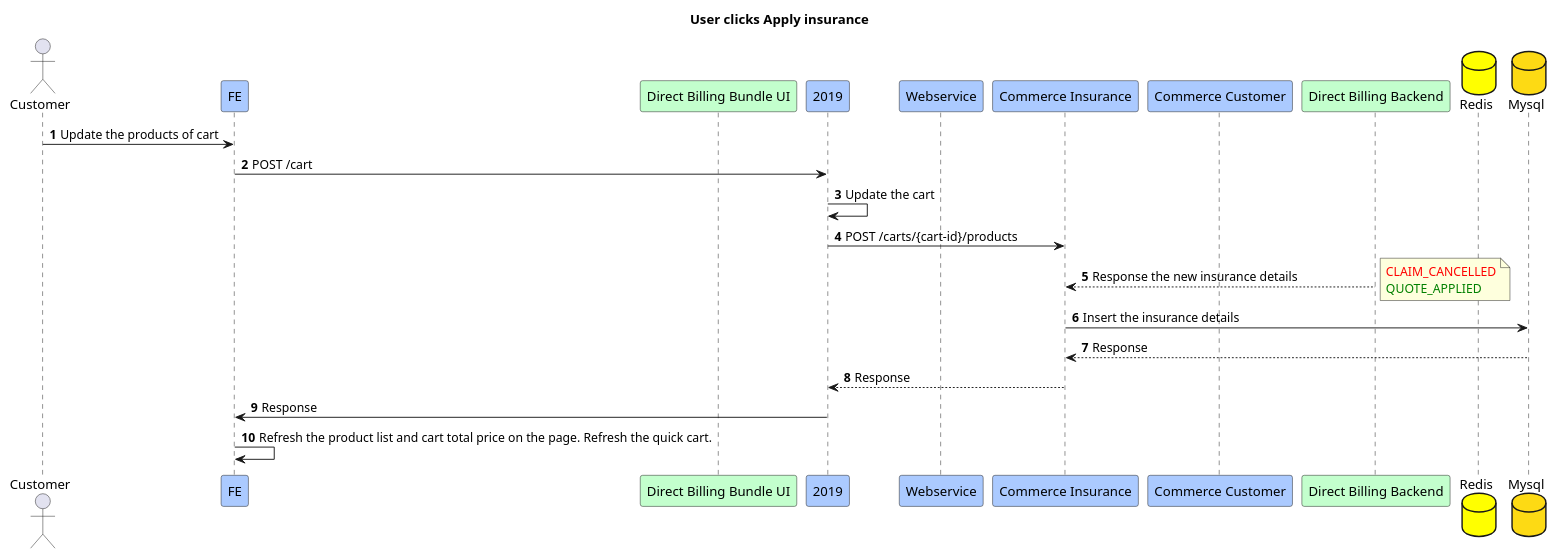
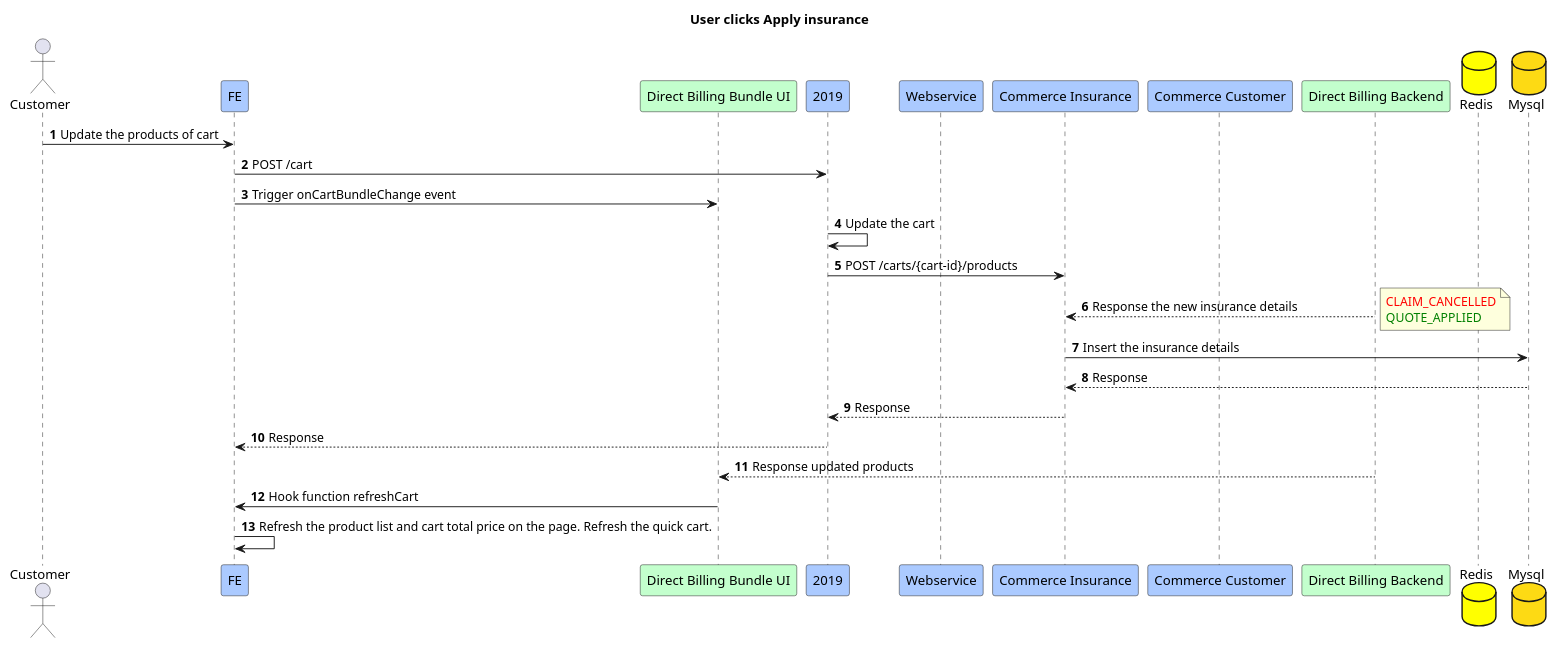
The diagram in 14.Customer changes the cart again.puml (Jayounger/EyeMed-Sequence-Diagram), drawn with PlantUML before and after one commit. The commit also changed 14 other files, not shown here.

Commit message:
update diagram

```diff
--- a/14.Customer changes the cart again.puml
+++ b/14.Customer changes the cart again.puml
@@ -1,30 +1,33 @@
 @startuml
 title User clicks Apply insurance
 actor Customer
 participant FE #abcaff
 participant "Direct Billing Bundle UI" #c3ffcd
 participant "2019" #abcaff
 participant "Webservice" #abcaff
 participant "Commerce Insurance" #abcaff
 participant "Commerce Customer" #abcaff
 participant "Direct Billing Backend" #c3ffcd
 database "Redis" #yellow
 database "Mysql" #fdda14
 
 autonumber
 Customer -> FE:Update the products of cart
 FE -> 2019:POST /cart
+FE -> "Direct Billing Bundle UI":Trigger onCartBundleChange event
 2019 -> 2019:Update the cart
 2019 -> "Commerce Insurance":POST /carts/{cart-id}/products
 "Direct Billing Backend" --> "Commerce Insurance":Response the new insurance details
 note right
 <font color=red>CLAIM_CANCELLED
 <font color=green>QUOTE_APPLIED
 end note
 "Commerce Insurance" -> "Mysql":Insert the insurance details
 "Mysql" --> "Commerce Insurance":Response
 "Commerce Insurance" --> 2019:Response
-"2019" -> FE:Response
+"2019" --> FE:Response
+"Direct Billing Backend" --> "Direct Billing Bundle UI":Response updated products
+"Direct Billing Bundle UI" -> FE:Hook function refreshCart
 FE -> FE:Refresh the product list and cart total price on the page. Refresh the quick cart.
 
 @enduml
```
